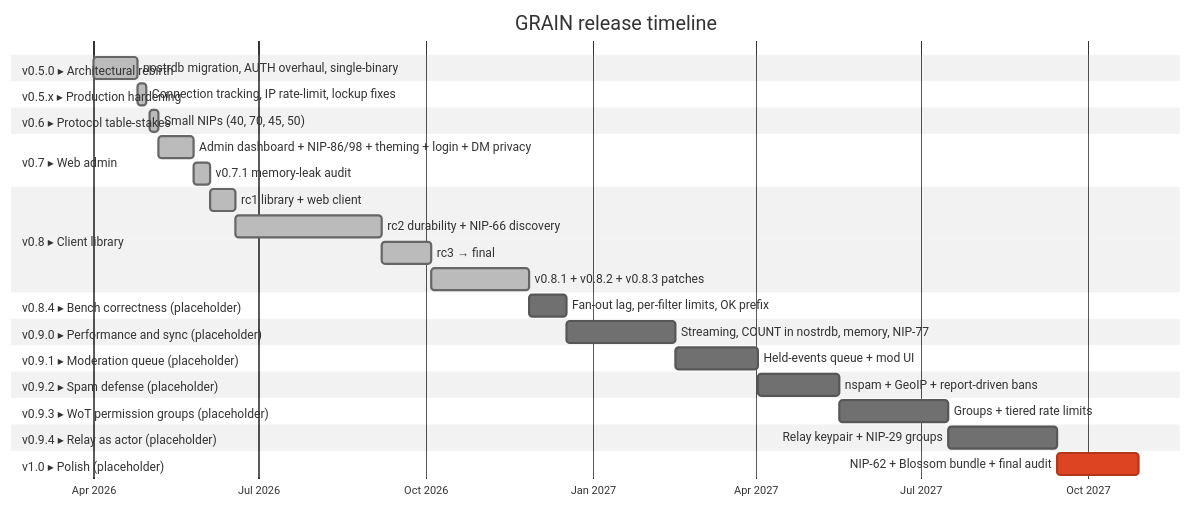
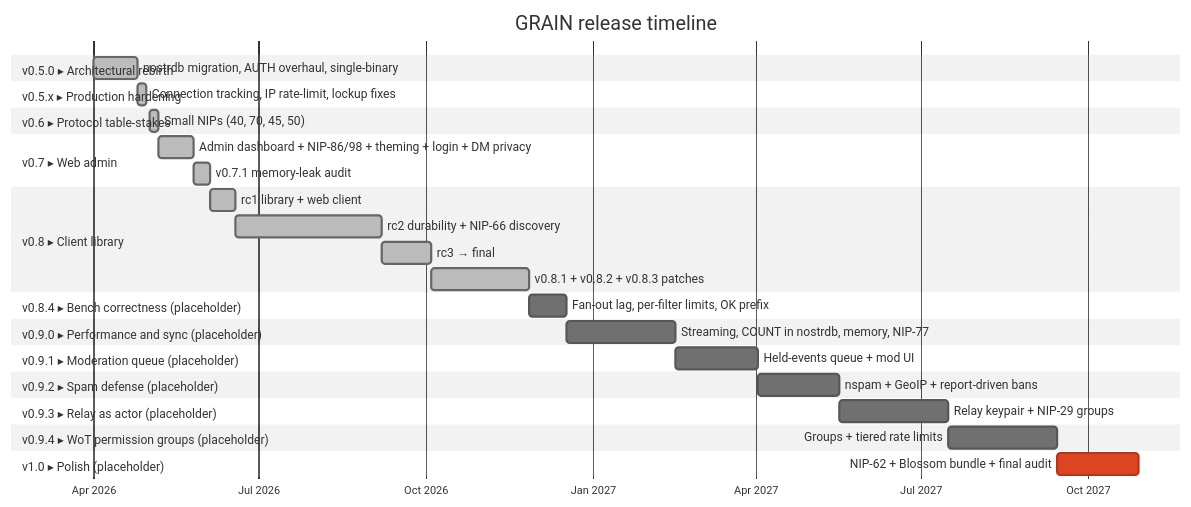
Before and after one commit to 0ceanSlim/grain: the diagram in ROADMAP.md, drawn with Mermaid (neutral theme). The commit also changed other lines of this file, not shown here.

Commit message:
docs(roadmap): NIP-29 and the relay keypair before WoT
Relay as actor is v0.9.3 and WoT permission groups v0.9.4.

````diff
--- a/ROADMAP.md
+++ b/ROADMAP.md
@@ -26,46 +26,46 @@
 ```mermaid
 gantt
     title GRAIN release timeline
     dateFormat  YYYY-MM-DD
     axisFormat  %b %Y
 
     section v0.5.0 ▸ Architectural rebirth
     nostrdb migration, AUTH overhaul, single-binary    :done, v05, 2026-04-01, 2026-04-25
 
     section v0.5.x ▸ Production hardening
     Connection tracking, IP rate-limit, lockup fixes   :done, v05x, 2026-04-25, 2026-04-30
 
     section v0.6 ▸ Protocol table-stakes
     Small NIPs (40, 70, 45, 50)                        :done, v06, 2026-05-02, 2026-05-07
 
     section v0.7 ▸ Web admin
     Admin dashboard + NIP-86/98 + theming + login + DM privacy :done, v07, 2026-05-07, 2026-05-26
     v0.7.1 memory-leak audit                           :done, v071, 2026-05-26, 2026-06-04
 
     section v0.8 ▸ Client library
     rc1 library + web client                           :done, v08a, 2026-06-04, 2026-06-18
     rc2 durability + NIP-66 discovery                  :done, v08b, 2026-06-18, 2026-09-07
     rc3 → final                                        :done, v08c, 2026-09-07, 2026-10-04
     v0.8.1 + v0.8.2 + v0.8.3 patches                   :done, v08p, 2026-10-04, 2026-11-27
 
     section v0.8.4 ▸ Bench correctness (placeholder)
     Fan-out lag, per-filter limits, OK prefix          :v084, after v08p, 21d
 
     section v0.9.0 ▸ Performance and sync (placeholder)
     Streaming, COUNT in nostrdb, memory, NIP-77        :v090, after v084, 60d
 
     section v0.9.1 ▸ Moderation queue (placeholder)
     Held-events queue + mod UI                         :v091, after v090, 45d
 
     section v0.9.2 ▸ Spam defense (placeholder)
     nspam + GeoIP + report-driven bans                 :v092, after v091, 45d
 
-    section v0.9.3 ▸ WoT permission groups (placeholder)
-    Groups + tiered rate limits                        :v093, after v092, 60d
+    section v0.9.3 ▸ Relay as actor (placeholder)
+    Relay keypair + NIP-29 groups                      :v093, after v092, 60d
 
-    section v0.9.4 ▸ Relay as actor (placeholder)
-    Relay keypair + NIP-29 groups                      :v094, after v093, 60d
+    section v0.9.4 ▸ WoT permission groups (placeholder)
+    Groups + tiered rate limits                        :v094, after v093, 60d
 
     section v1.0 ▸ Polish (placeholder)
     NIP-62 + Blossom bundle + final audit              :crit, v10, after v094, 45d
 ```
````
